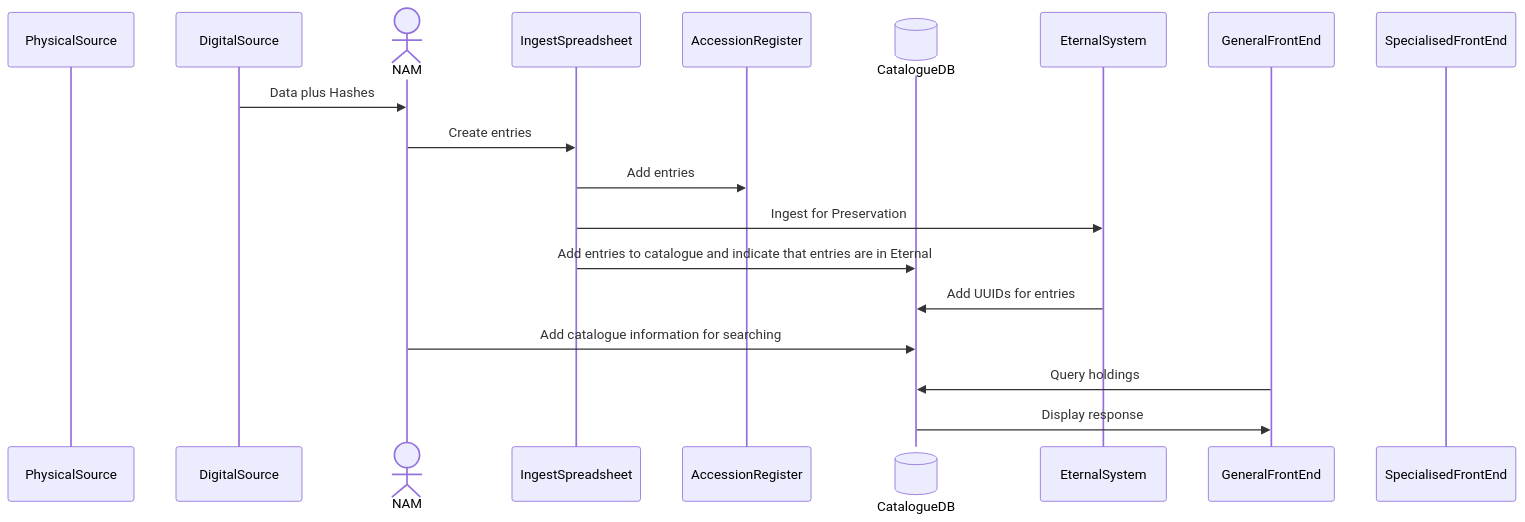
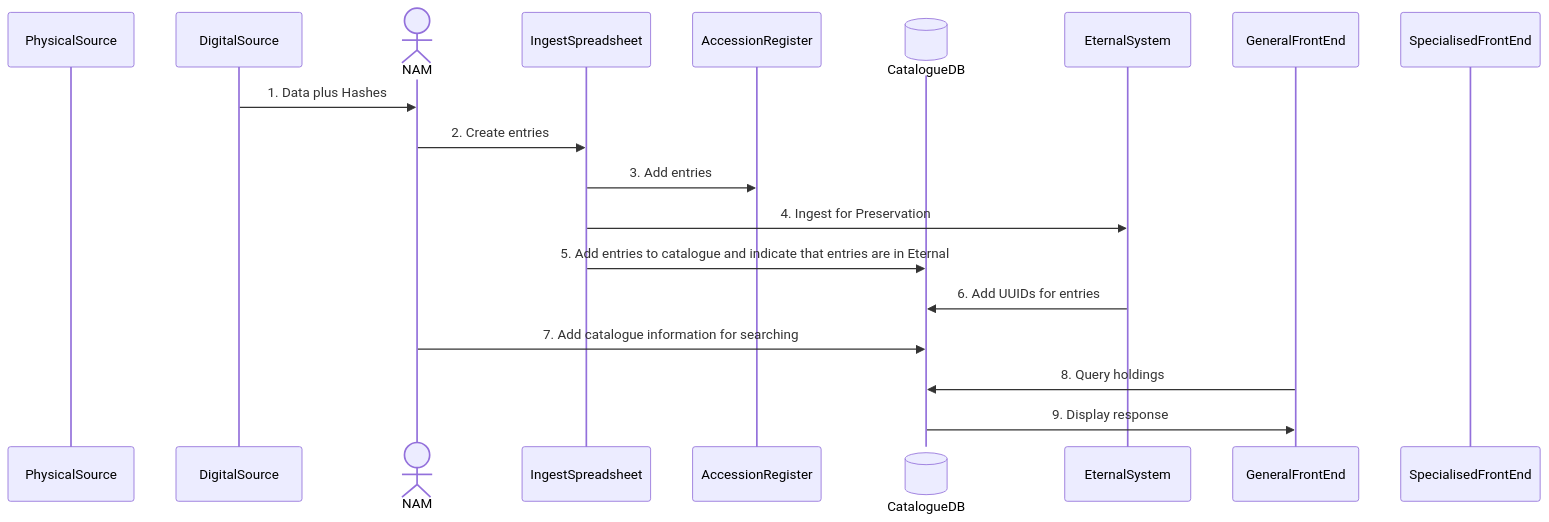
The first of 6 diagrams in README.md (dgiaretta/NAM), drawn with Mermaid before and after one commit. The commit also changed other lines of this file, not shown here.

Commit message:
Revise workflow steps in README for clarity
Updated the workflow steps for data ingestion and preservation processes, adding numbered steps for clarity.

````diff
--- a/README.md
+++ b/README.md
@@ -9,21 +9,21 @@
 ```mermaid
 sequenceDiagram
 participant PhysicalSource
 participant DigitalSource
 actor NAM
 participant IngestSpreadsheet
 participant AccessionRegister
 participant CatalogueDB@{ "type": "database" }
 participant EternalSystem
 participant GeneralFrontEnd
 participant SpecialisedFrontEnd
-DigitalSource->>NAM: Data plus Hashes
-NAM->>IngestSpreadsheet: Create entries
-IngestSpreadsheet->>AccessionRegister: Add entries 
-IngestSpreadsheet->>EternalSystem: Ingest for Preservation
-IngestSpreadsheet->>CatalogueDB: Add entries to catalogue and indicate that entries are in Eternal
-EternalSystem->>CatalogueDB: Add UUIDs for entries
-NAM->>CatalogueDB: Add catalogue information for searching
-GeneralFrontEnd->>CatalogueDB: Query holdings
-CatalogueDB->>GeneralFrontEnd: Display response
+DigitalSource->>NAM: 1. Data plus Hashes
+NAM->>IngestSpreadsheet: 2. Create entries
+IngestSpreadsheet->>AccessionRegister: 3. Add entries 
+IngestSpreadsheet->>EternalSystem: 4. Ingest for Preservation
+IngestSpreadsheet->>CatalogueDB: 5. Add entries to catalogue and indicate that entries are in Eternal
+EternalSystem->>CatalogueDB: 6. Add UUIDs for entries
+NAM->>CatalogueDB: 7. Add catalogue information for searching
+GeneralFrontEnd->>CatalogueDB: 8. Query holdings
+CatalogueDB->>GeneralFrontEnd: 9. Display response
 ```
````
